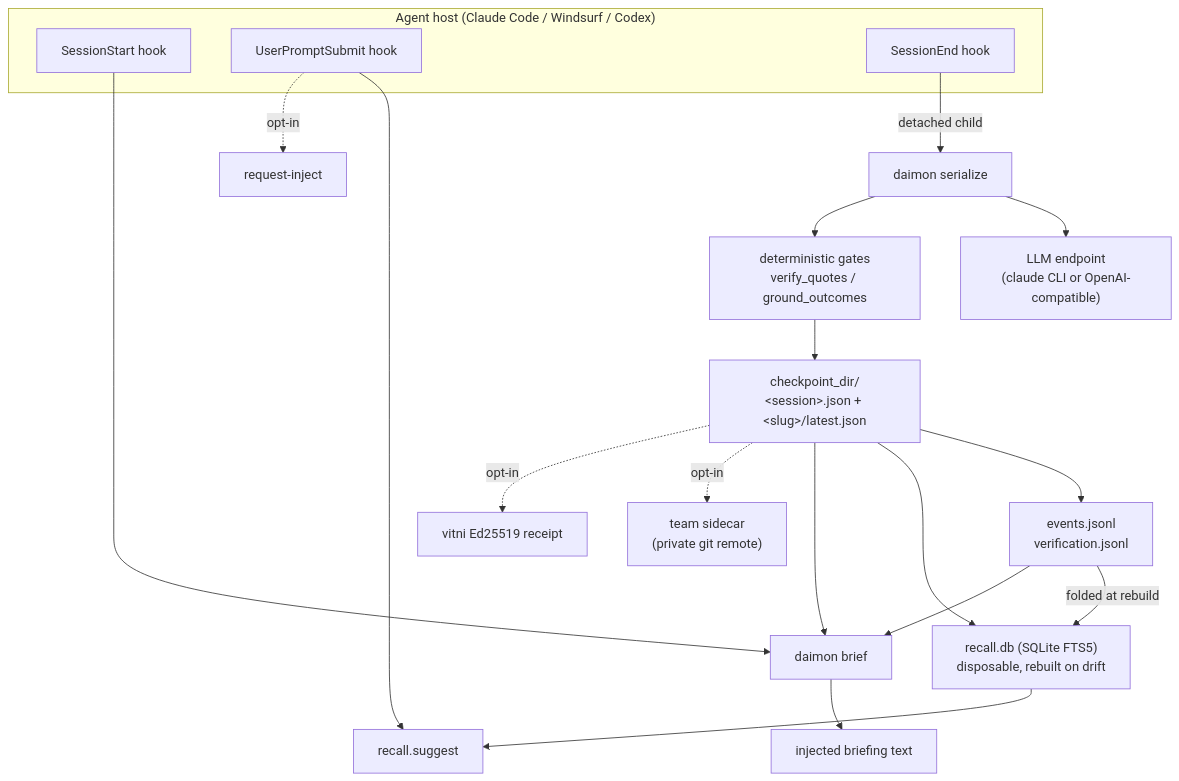
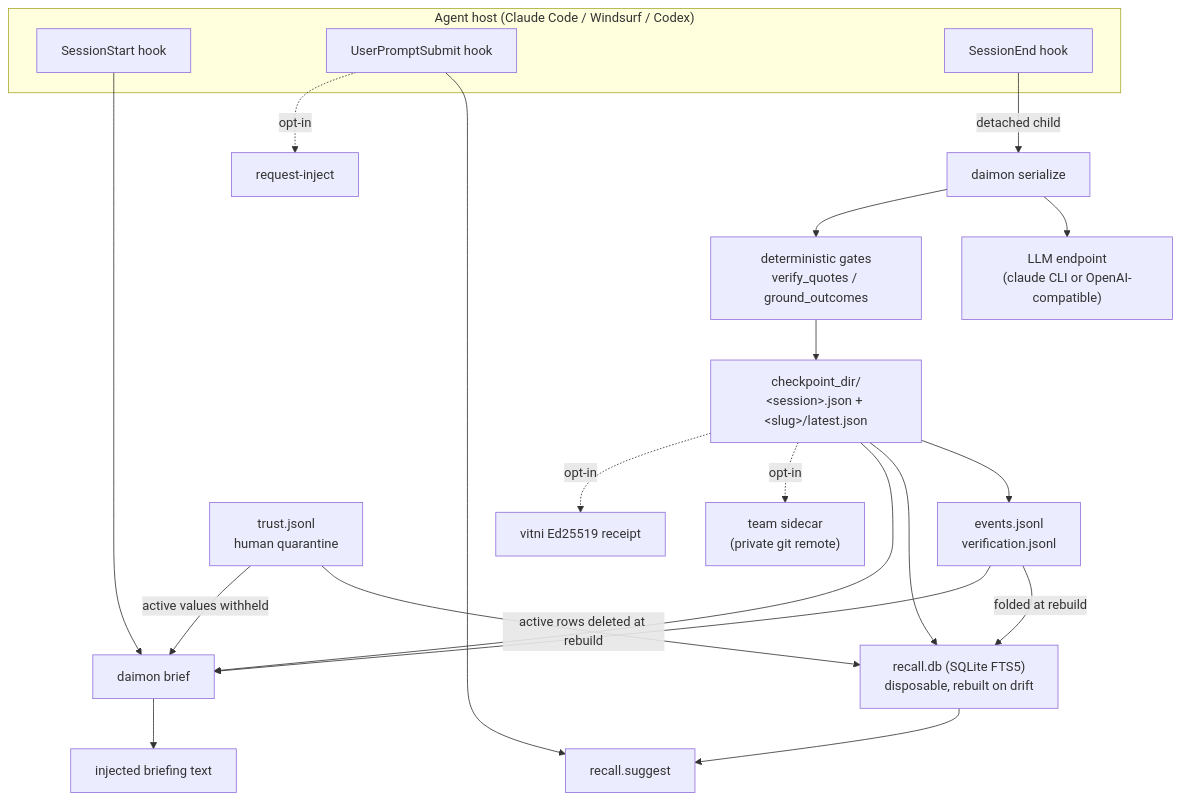
One commit to neoneye/agent-memory-atlas changed the second of 2 diagrams in content/systems/daimon.md. Above: the diagram before and after it, drawn with Mermaid. The commit also changed other lines of this file and 25 other files, not shown here.

First line of the commit message:
Re-read daimon at 3e52568: trust_state awarded on the human quarantine ledger; tombstone is a write-time drop

````diff
--- a/content/systems/daimon.md
+++ b/content/systems/daimon.md
@@ -461,25 +614,27 @@
 ```mermaid
-%% caption: the checkpoint files are authoritative and the FTS5 index is disposable and rebuilt on drift, with the team sidecar and the signed receipt both opt-in
+%% caption: the checkpoint files are authoritative and the FTS5 index is disposable and rebuilt on drift, a human quarantine withholds from the briefing and the index alike, and the team sidecar and the signed receipt are both opt-in
 flowchart TD
     subgraph Host["Agent host (Claude Code / Windsurf / Codex)"]
         SS["SessionStart hook"]
         UPS["UserPromptSubmit hook"]
         SE["SessionEnd hook"]
     end
     SE -->|"detached child"| SER["daimon serialize"]
     SER --> LLM["LLM endpoint<br/>(claude CLI or OpenAI-compatible)"]
     SER --> GATES["deterministic gates<br/>verify_quotes / ground_outcomes"]
     GATES --> STORE["checkpoint_dir/<br/>&lt;session&gt;.json + &lt;slug&gt;/latest.json"]
     STORE --> EV["events.jsonl<br/>verification.jsonl"]
     STORE --> IDX["recall.db (SQLite FTS5)<br/>disposable, rebuilt on drift"]
     EV -->|"folded at rebuild"| IDX
     SS --> BRIEF["daimon brief"]
     STORE --> BRIEF
     EV --> BRIEF
+    TR["trust.jsonl<br/>human quarantine"] -->|"active rows deleted at rebuild"| IDX
+    TR -->|"active values withheld"| BRIEF
     BRIEF --> INJ["injected briefing text"]
     UPS --> SUG["recall.suggest"]
     UPS -.->|"opt-in"| DLV["request-inject"]
     IDX --> SUG
     STORE -.->|"opt-in"| TEAM["team sidecar<br/>(private git remote)"]
     STORE -.->|"opt-in"| RCPT["vitni Ed25519 receipt"]
 ```
````
